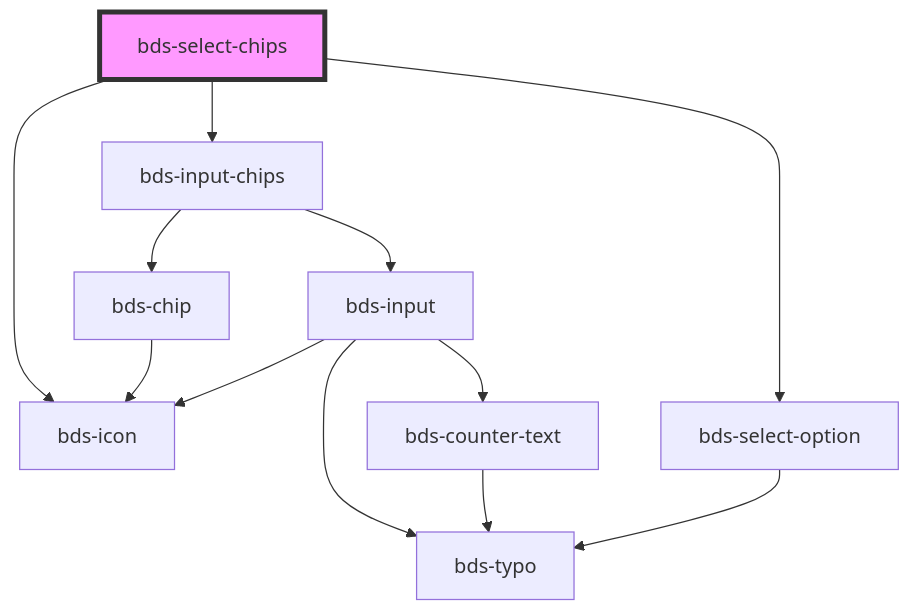
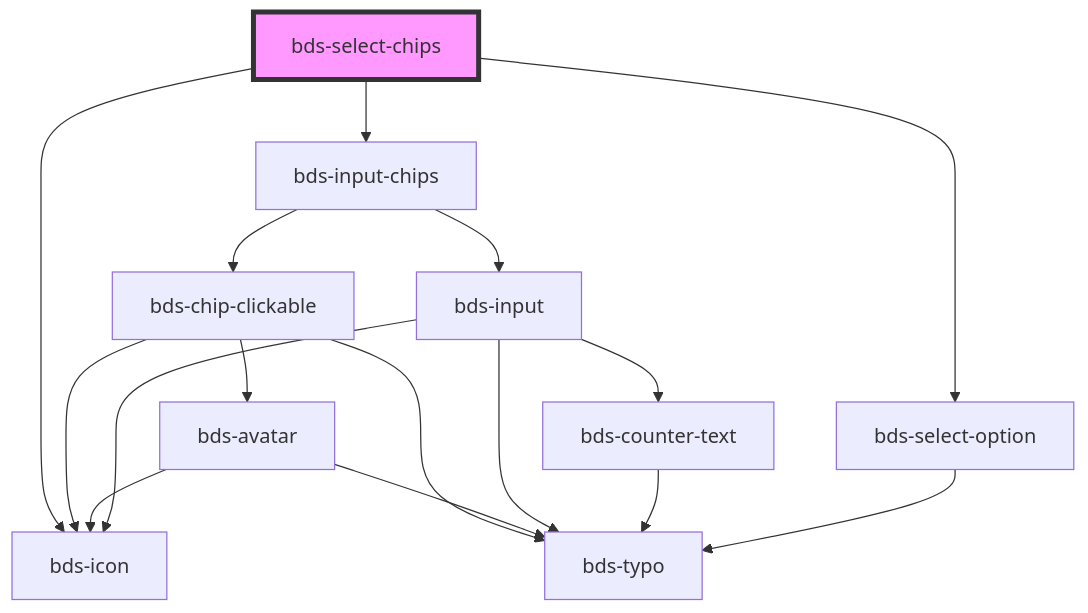
One commit to takenet/blip-ds changed the diagram in src/components/selects/select-chips/readme.md. Above: the diagram before and after it, drawn with Mermaid. The commit also changed 6 other files, not shown here.

Commit message:
feat(input-chips): change the chip for the new component

````diff
--- a/src/components/selects/select-chips/readme.md
+++ b/src/components/selects/select-chips/readme.md
@@ -70,15 +70,19 @@
 ```mermaid
 graph TD;
   bds-select-chips --> bds-input-chips
   bds-select-chips --> bds-icon
   bds-select-chips --> bds-select-option
-  bds-input-chips --> bds-chip
+  bds-input-chips --> bds-chip-clickable
   bds-input-chips --> bds-input
-  bds-chip --> bds-icon
+  bds-chip-clickable --> bds-icon
+  bds-chip-clickable --> bds-avatar
+  bds-chip-clickable --> bds-typo
+  bds-avatar --> bds-typo
+  bds-avatar --> bds-icon
   bds-input --> bds-icon
   bds-input --> bds-typo
   bds-input --> bds-counter-text
   bds-counter-text --> bds-typo
   bds-select-option --> bds-typo
   style bds-select-chips fill:#f9f,stroke:#333,stroke-width:4px
 ```
````
